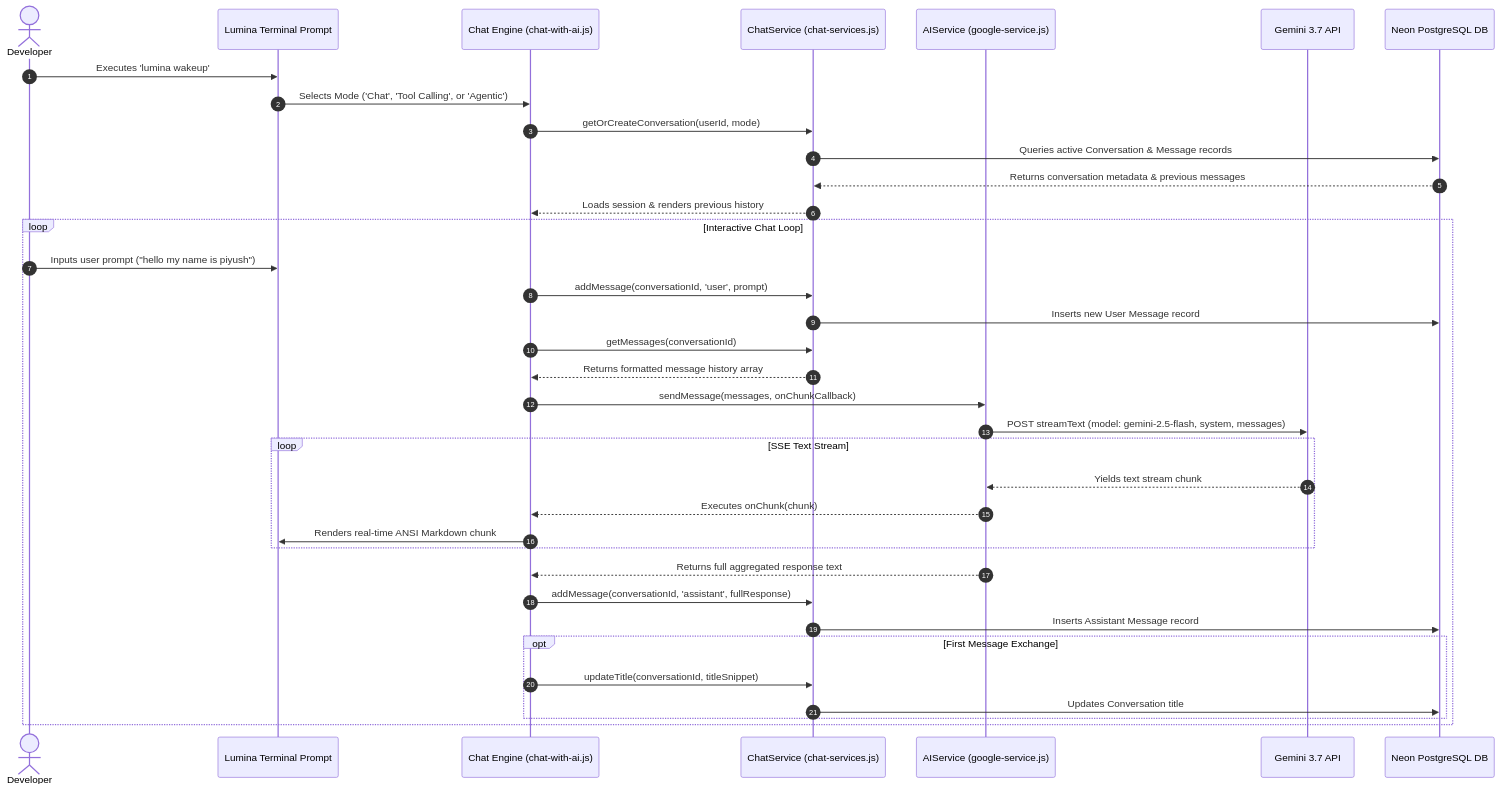
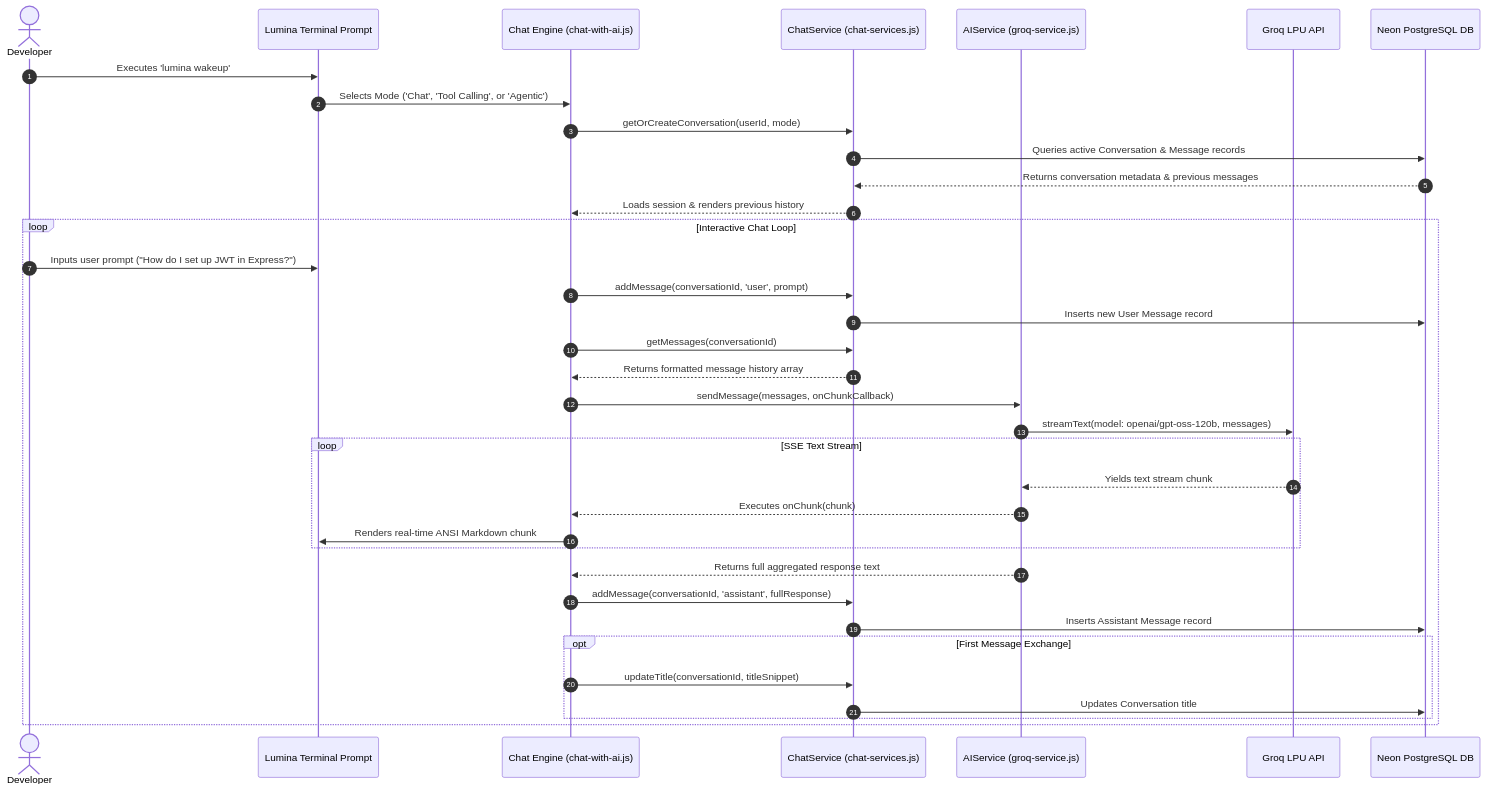
Before and after one commit to piyushkumariiitj/lumina-cli: the third of 5 diagrams in readme.md, drawn with Mermaid. The commit also changed other lines of this file and 21 other files, not shown here.

Commit message:
feat(cli & ai): migrate to Groq AI engine, implement minimal terminal UI design system, add developer tools & autonomous agent mode, and update documentation

````diff
--- a/readme.md
+++ b/readme.md
@@ -266,45 +310,45 @@
 ```mermaid
 sequenceDiagram
     autonumber
     actor User as Developer
     participant Terminal as Lumina Terminal Prompt
     participant ChatEngine as Chat Engine (chat-with-ai.js)
     participant ChatSvc as ChatService (chat-services.js)
-    participant AISvc as AIService (google-service.js)
-    participant Gemini as Gemini 3.7 API
+    participant AISvc as AIService (groq-service.js)
+    participant Groq as Groq LPU API
     participant DB as Neon PostgreSQL DB
 
     User->>Terminal: Executes 'lumina wakeup'
     Terminal->>ChatEngine: Selects Mode ('Chat', 'Tool Calling', or 'Agentic')
     ChatEngine->>ChatSvc: getOrCreateConversation(userId, mode)
     ChatSvc->>DB: Queries active Conversation & Message records
     DB-->>ChatSvc: Returns conversation metadata & previous messages
     ChatSvc-->>ChatEngine: Loads session & renders previous history
     
     loop Interactive Chat Loop
-        User->>Terminal: Inputs user prompt ("hello my name is piyush")
+        User->>Terminal: Inputs user prompt ("How do I set up JWT in Express?")
         ChatEngine->>ChatSvc: addMessage(conversationId, 'user', prompt)
         ChatSvc->>DB: Inserts new User Message record
         
         ChatEngine->>ChatSvc: getMessages(conversationId)
         ChatSvc-->>ChatEngine: Returns formatted message history array
         
         ChatEngine->>AISvc: sendMessage(messages, onChunkCallback)
-        AISvc->>Gemini: POST streamText (model: gemini-2.5-flash, system, messages)
+        AISvc->>Groq: streamText(model: openai/gpt-oss-120b, messages)
         
         loop SSE Text Stream
-            Gemini-->>AISvc: Yields text stream chunk
+            Groq-->>AISvc: Yields text stream chunk
             AISvc-->>ChatEngine: Executes onChunk(chunk)
             ChatEngine->>Terminal: Renders real-time ANSI Markdown chunk
         end
         
         AISvc-->>ChatEngine: Returns full aggregated response text
         ChatEngine->>ChatSvc: addMessage(conversationId, 'assistant', fullResponse)
         ChatSvc->>DB: Inserts Assistant Message record
         
         opt First Message Exchange
             ChatEngine->>ChatSvc: updateTitle(conversationId, titleSnippet)
             ChatSvc->>DB: Updates Conversation title
         end
     end
 ```
````
